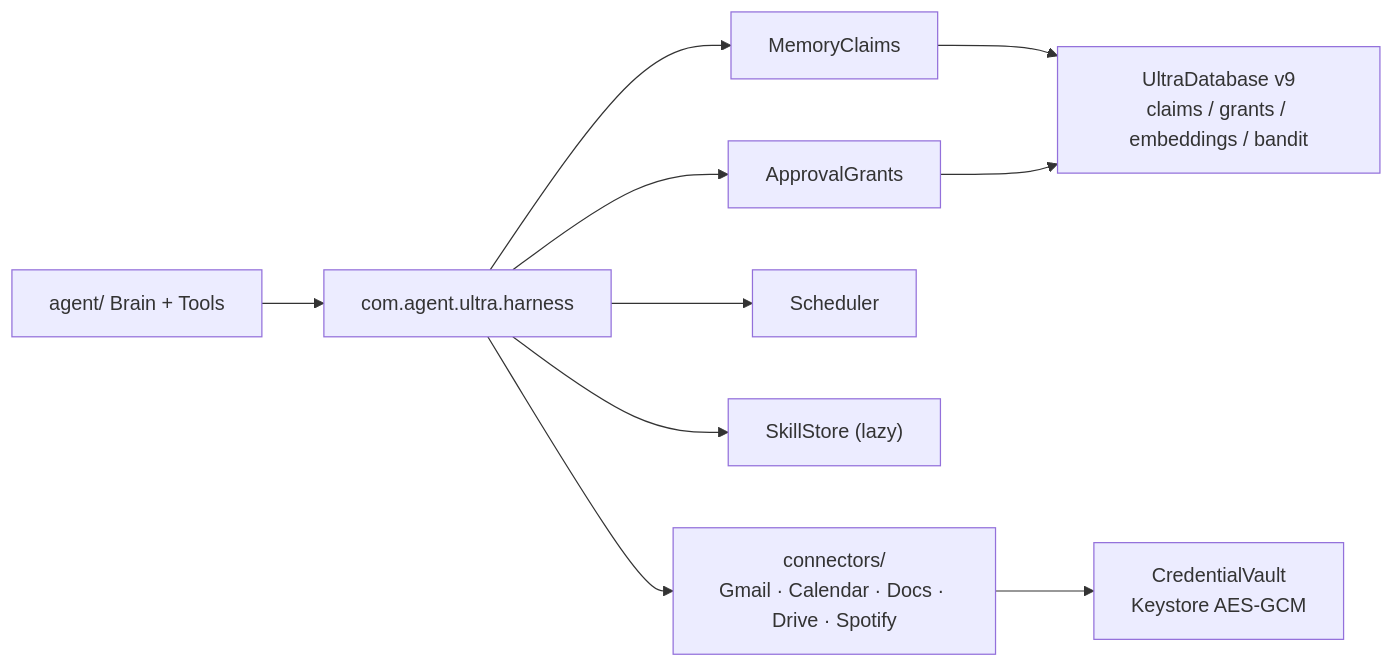
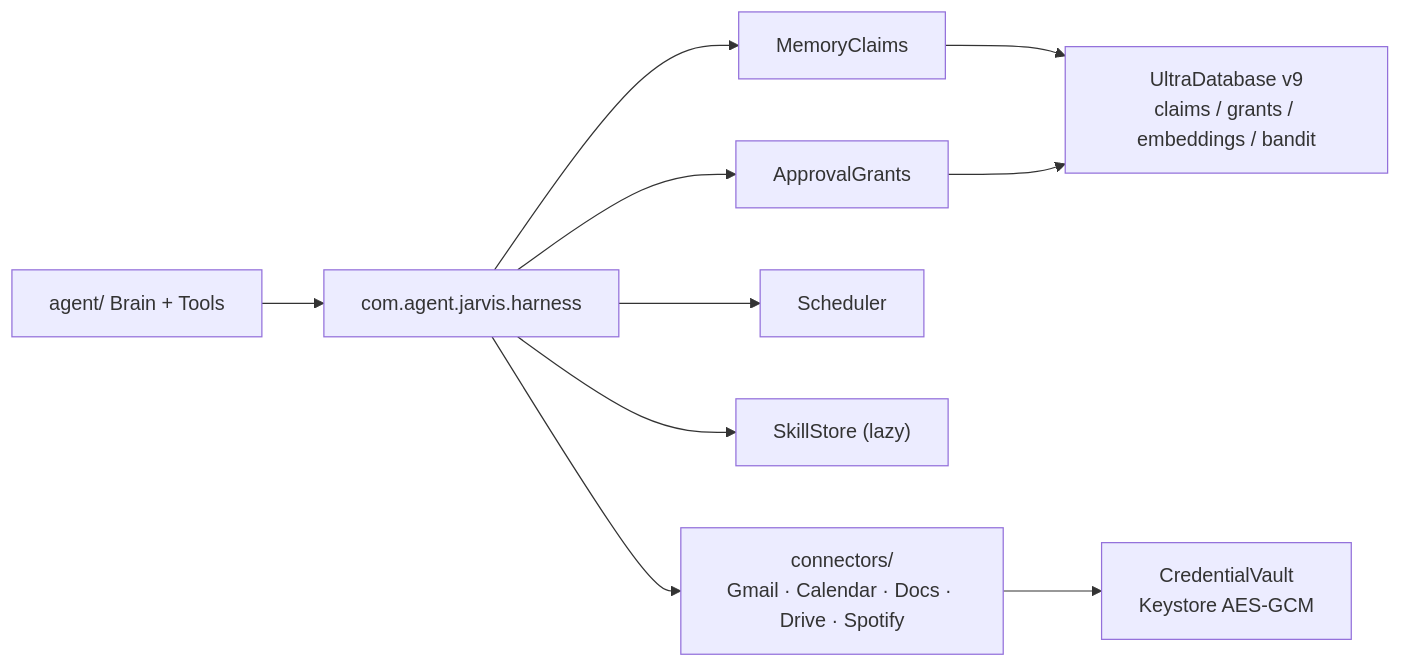
One commit to Arbloodhound/Jarvis changed the third of 3 diagrams in ARCHITECTURE.md. Above: the diagram before and after it, drawn with Mermaid. The commit also changed other lines of this file and 918 other files, not shown here.

First line of the commit message:
Rename stage 1: package com.agent.ultra -> com.agent.jarvis

````diff
--- a/ARCHITECTURE.md
+++ b/ARCHITECTURE.md
@@ -96,12 +96,12 @@
 ```mermaid
 flowchart LR
-  BRAIN2["agent/ Brain + Tools"] --> H["com.agent.ultra.harness"]
+  BRAIN2["agent/ Brain + Tools"] --> H["com.agent.jarvis.harness"]
   H --> MC["MemoryClaims"]
   H --> AG["ApprovalGrants"]
   H --> SCH["Scheduler"]
   H --> SK["SkillStore (lazy)"]
   H --> CONN["connectors/<br/>Gmail · Calendar · Docs · Drive · Spotify"]
   CONN --> VAULT["CredentialVault<br/>Keystore AES-GCM"]
   MC --> DB2["UltraDatabase v9<br/>claims / grants / embeddings / bandit"]
   AG --> DB2
 ```
````
